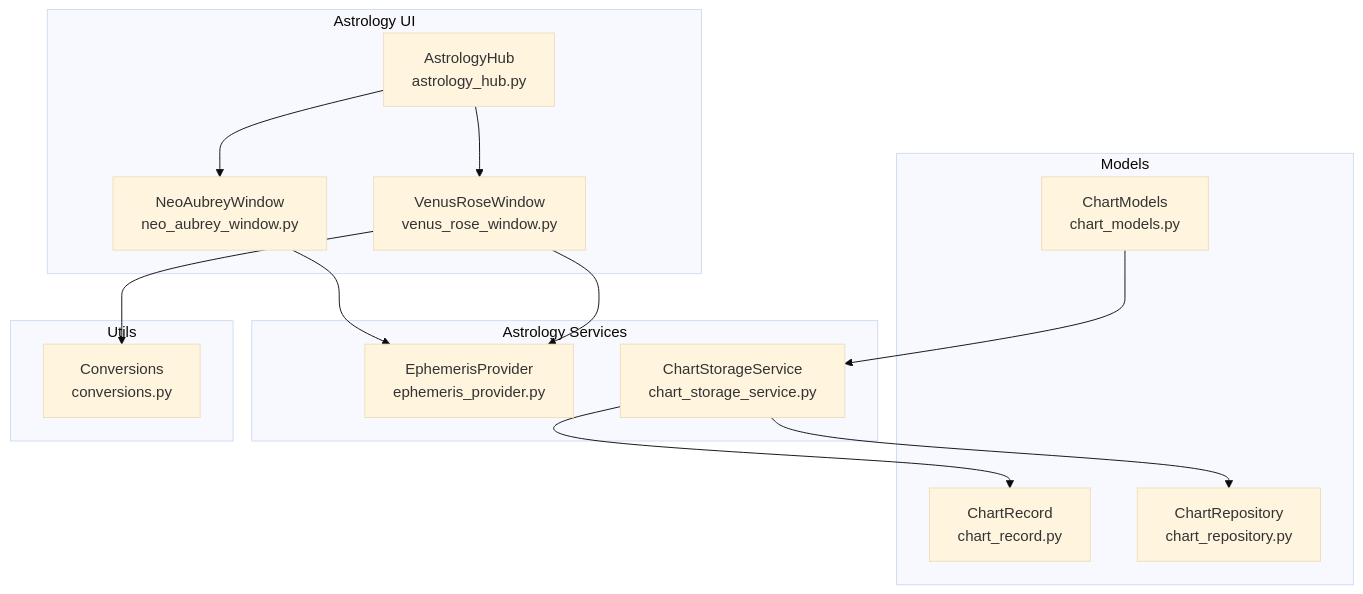
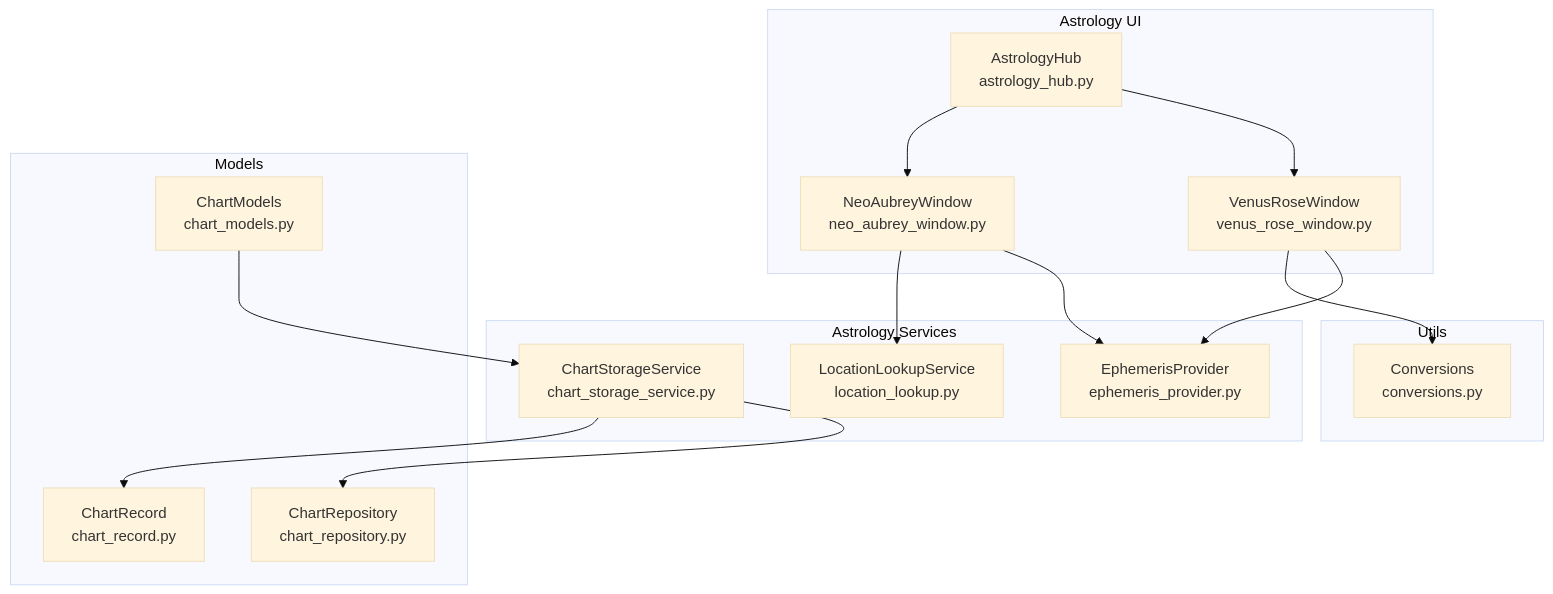
The first of 8 diagrams in .qoder/repowiki/en/content/Architecture Overview/Pillar-Based Architecture/Astrology Pillar/Specialized Visualizations.md (TheDaniel166/IsopGem), drawn with Mermaid (base theme) before and after one commit. The commit also changed other lines of this file and 44 other files, not shown here.

````diff
--- a/.qoder/repowiki/en/content/Architecture Overview/Pillar-Based Architecture/Astrology Pillar/Specialized Visualizations.md
+++ b/.qoder/repowiki/en/content/Architecture Overview/Pillar-Based Architecture/Astrology Pillar/Specialized Visualizations.md
@@ -42,28 +51,30 @@
 ```mermaid
 graph TB
 subgraph "Astrology UI"
 VR["VenusRoseWindow<br/>venus_rose_window.py"]
 NA["NeoAubreyWindow<br/>neo_aubrey_window.py"]
 AH["AstrologyHub<br/>astrology_hub.py"]
 end
 subgraph "Astrology Services"
 EP["EphemerisProvider<br/>ephemeris_provider.py"]
 CS["ChartStorageService<br/>chart_storage_service.py"]
+LL["LocationLookupService<br/>location_lookup.py"]
 end
 subgraph "Models"
 CM["ChartModels<br/>chart_models.py"]
 CR["ChartRecord<br/>chart_record.py"]
 REPO["ChartRepository<br/>chart_repository.py"]
 end
 subgraph "Utils"
 CONV["Conversions<br/>conversions.py"]
 end
 VR --> EP
 VR --> CONV
 NA --> EP
+NA --> LL
 CS --> REPO
 CS --> CR
 CM --> CS
 AH --> VR
 AH --> NA
 ```
````
